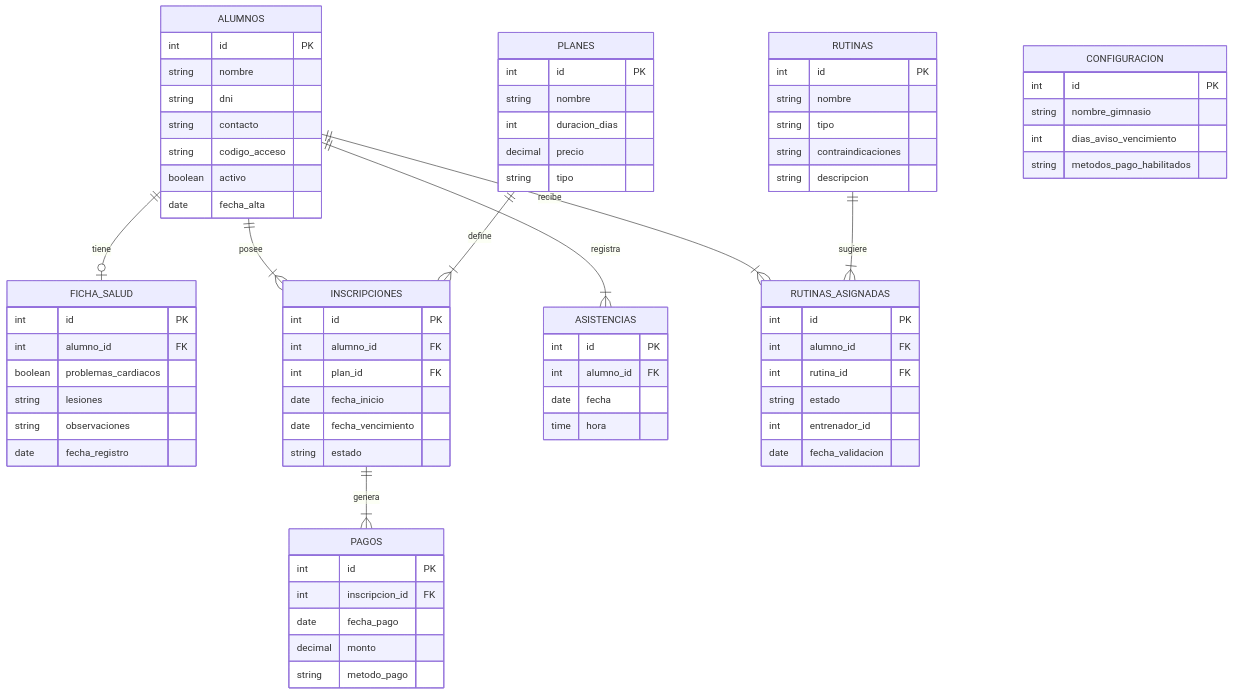
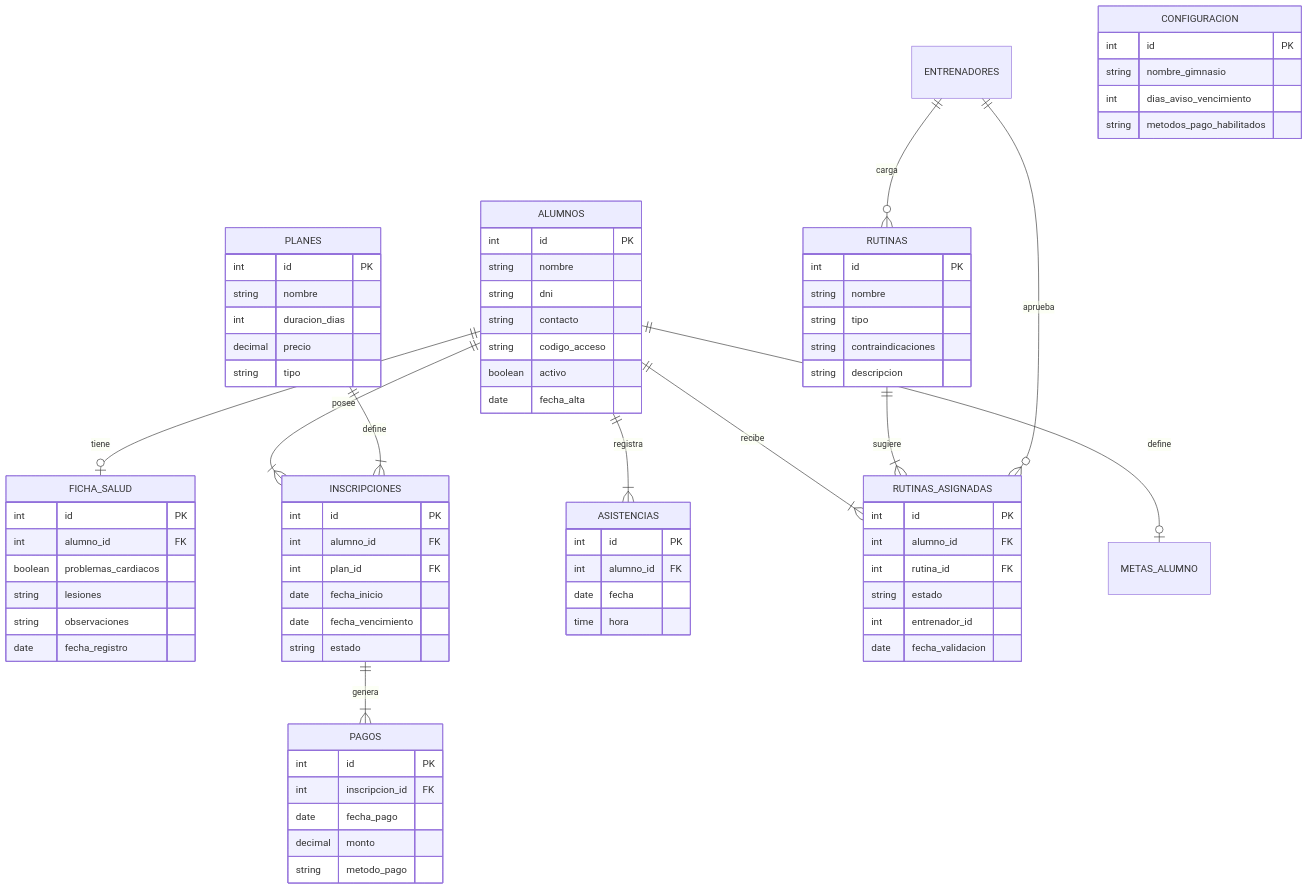
Before and after one commit to pao41/Trabajo-Final-Integrador: the diagram in docs/der.md, drawn with Mermaid.

Commit message:
se agrega entrenadores

````diff
--- a/docs/der.md
+++ b/docs/der.md
@@ -5,77 +5,80 @@
 ```mermaid
 erDiagram
     ALUMNOS ||--o| FICHA_SALUD : tiene
     ALUMNOS ||--|{ INSCRIPCIONES : posee
     PLANES ||--|{ INSCRIPCIONES : define
     INSCRIPCIONES ||--|{ PAGOS : genera
     ALUMNOS ||--|{ ASISTENCIAS : registra
     ALUMNOS ||--|{ RUTINAS_ASIGNADAS : recibe
     RUTINAS ||--|{ RUTINAS_ASIGNADAS : sugiere
+    ENTRENADORES ||--o{ RUTINAS : carga
+    ENTRENADORES ||--o{ RUTINAS_ASIGNADAS : aprueba
+    ALUMNOS ||--o| METAS_ALUMNO : define
 
     ALUMNOS {
         int id PK
         string nombre
         string dni
         string contacto
         string codigo_acceso
         boolean activo
         date fecha_alta
     }
     FICHA_SALUD {
         int id PK
         int alumno_id FK
         boolean problemas_cardiacos
         string lesiones
         string observaciones
         date fecha_registro
     }
     PLANES {
         int id PK
         string nombre
         int duracion_dias
         decimal precio
         string tipo
     }
     INSCRIPCIONES {
         int id PK
         int alumno_id FK
         int plan_id FK
         date fecha_inicio
         date fecha_vencimiento
         string estado
     }
     PAGOS {
         int id PK
         int inscripcion_id FK
         date fecha_pago
         decimal monto
         string metodo_pago
     }
     ASISTENCIAS {
         int id PK
         int alumno_id FK
         date fecha
         time hora
     }
     RUTINAS {
         int id PK
         string nombre
         string tipo
         string contraindicaciones
         string descripcion
     }
     RUTINAS_ASIGNADAS {
         int id PK
         int alumno_id FK
         int rutina_id FK
         string estado
         int entrenador_id
         date fecha_validacion
     }
     CONFIGURACION {
         int id PK
         string nombre_gimnasio
         int dias_aviso_vencimiento
         string metodos_pago_habilitados
     }
 ```
````
